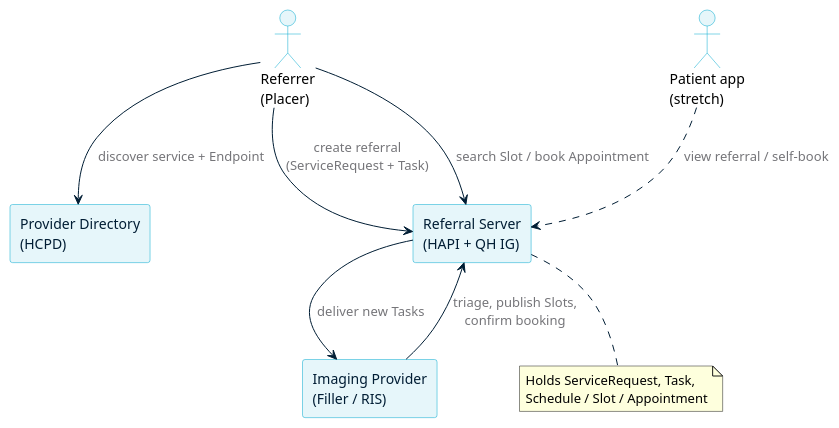
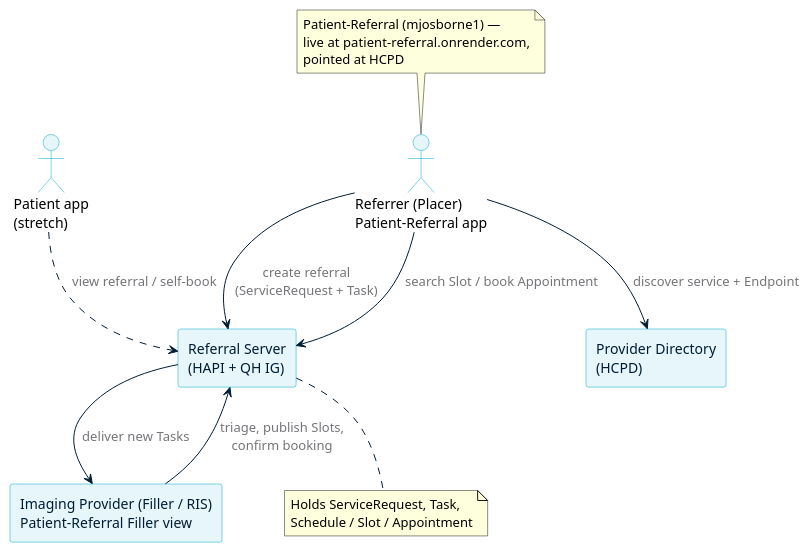
The diagram in 2026-10-29/1-FHIR-For-Services/slides/diagrams/architecture.puml (aehrc/qh-connectathon), drawn with PlantUML before and after one commit. The commit also changed 4 other files, not shown here.

First line of the commit message:
Integrate Patient-Referral as the Track 2 reference client

```diff
--- a/2026-10-29/1-FHIR-For-Services/slides/diagrams/architecture.puml
+++ b/2026-10-29/1-FHIR-For-Services/slides/diagrams/architecture.puml
@@ -1,37 +1,43 @@
 @startuml architecture
 ' Systems and roles for the radiology referral scenario
 skinparam backgroundColor transparent
 skinparam shadowing false
 skinparam defaultFontName Calibri
 skinparam componentStyle rectangle
 skinparam component {
   BorderColor #00A9CE
   BackgroundColor #E6F6FA
   FontColor #001D34
 }
 skinparam actor {
   BorderColor #00A9CE
   BackgroundColor #E6F6FA
 }
 skinparam ArrowColor #001D34
 skinparam ArrowFontColor #757579
 
-actor "Referrer\n(Placer)" as R
+actor "Referrer (Placer)\nPatient-Referral app" as R
 component "Provider Directory\n(HCPD)" as D
 component "Referral Server\n(HAPI + QH IG)" as S
-component "Imaging Provider\n(Filler / RIS)" as F
+component "Imaging Provider (Filler / RIS)\nPatient-Referral Filler view" as F
 actor "Patient app\n(stretch)" as P
 
 R --> D : discover service + Endpoint
 R --> S : create referral\n(ServiceRequest + Task)
 R --> S : search Slot / book Appointment
 F --> S : triage, publish Slots,\nconfirm booking
 S --> F : deliver new Tasks
 P ..> S : view referral / self-book
 
 note bottom of S
   Holds ServiceRequest, Task,
   Schedule / Slot / Appointment
 end note
 
+note top of R
+  Patient-Referral (mjosborne1) —
+  live at patient-referral.onrender.com,
+  pointed at HCPD
+end note
+
 @enduml
```
